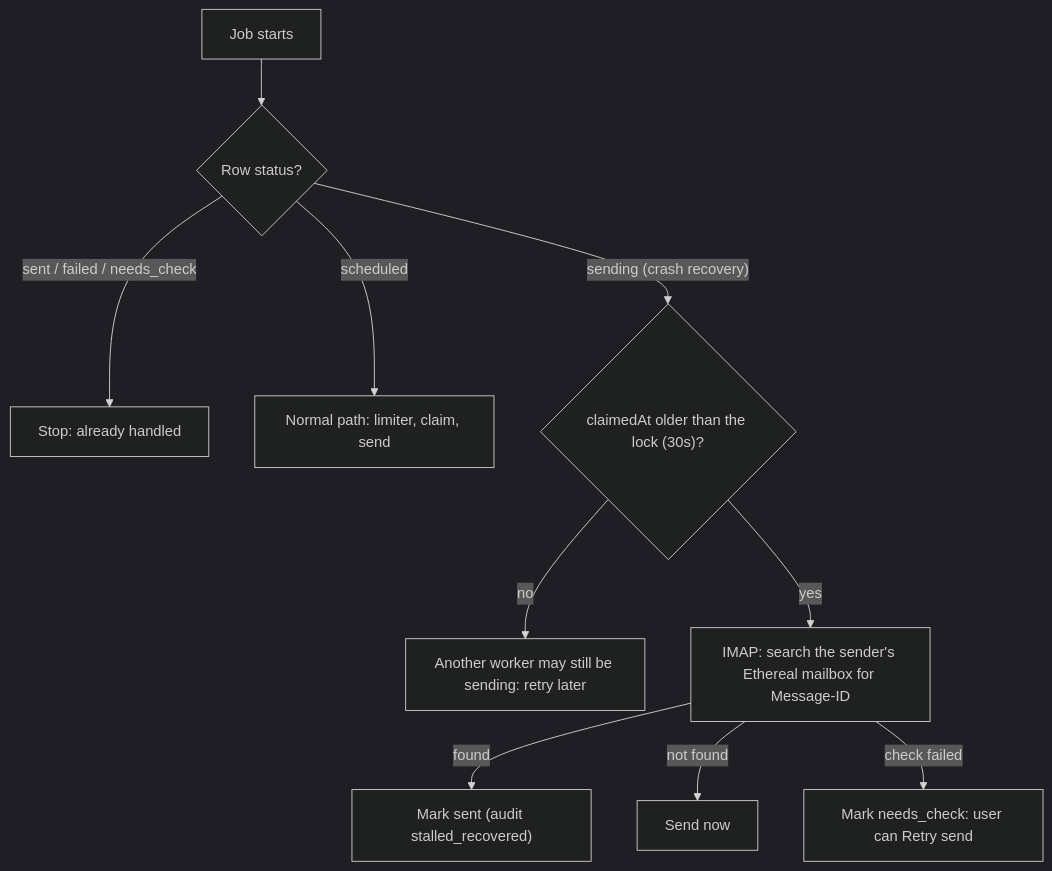
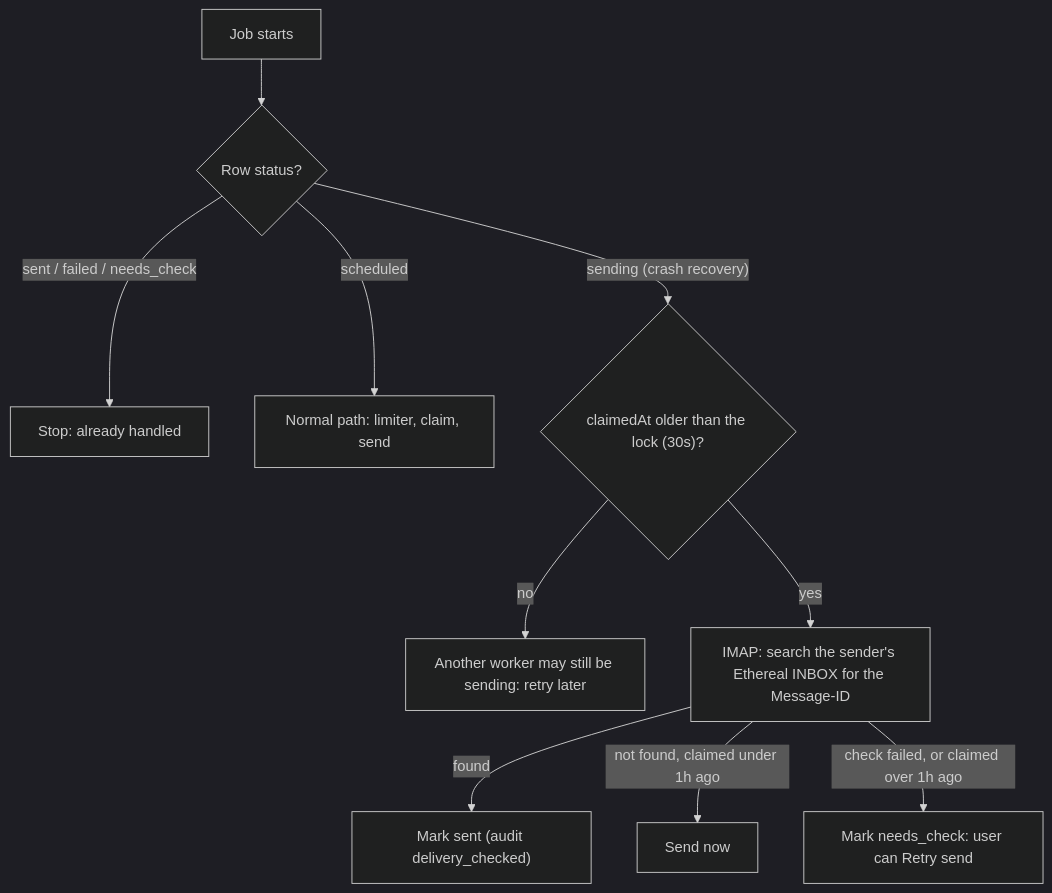
One commit to Shikhar1808/rottom-mail changed the diagram in docs/03-scheduling-persistence.md. Above: the diagram before and after it, drawn with Mermaid (dark theme). The commit also changed other lines of this file and 11 other files, not shown here.

````diff
--- a/docs/03-scheduling-persistence.md
+++ b/docs/03-scheduling-persistence.md
@@ -69,12 +69,12 @@
 ```mermaid
 flowchart TD
   A["Job starts"] --> B{"Row status?"}
   B -- "sent / failed / needs_check" --> X["Stop: already handled"]
   B -- "scheduled" --> N["Normal path: limiter, claim, send"]
   B -- "sending (crash recovery)" --> C{"claimedAt older than the lock (30s)?"}
   C -- "no" --> W["Another worker may still be sending: retry later"]
-  C -- "yes" --> D["IMAP: search the sender's Ethereal mailbox for Message-ID"]
-  D -- "found" --> S["Mark sent (audit stalled_recovered)"]
-  D -- "not found" --> R["Send now"]
-  D -- "check failed" --> Q["Mark needs_check: user can Retry send"]
+  C -- "yes" --> D["IMAP: search the sender's Ethereal INBOX for the Message-ID"]
+  D -- "found" --> S["Mark sent (audit delivery_checked)"]
+  D -- "not found, claimed under 1h ago" --> R["Send now"]
+  D -- "check failed, or claimed over 1h ago" --> Q["Mark needs_check: user can Retry send"]
 ```
````
